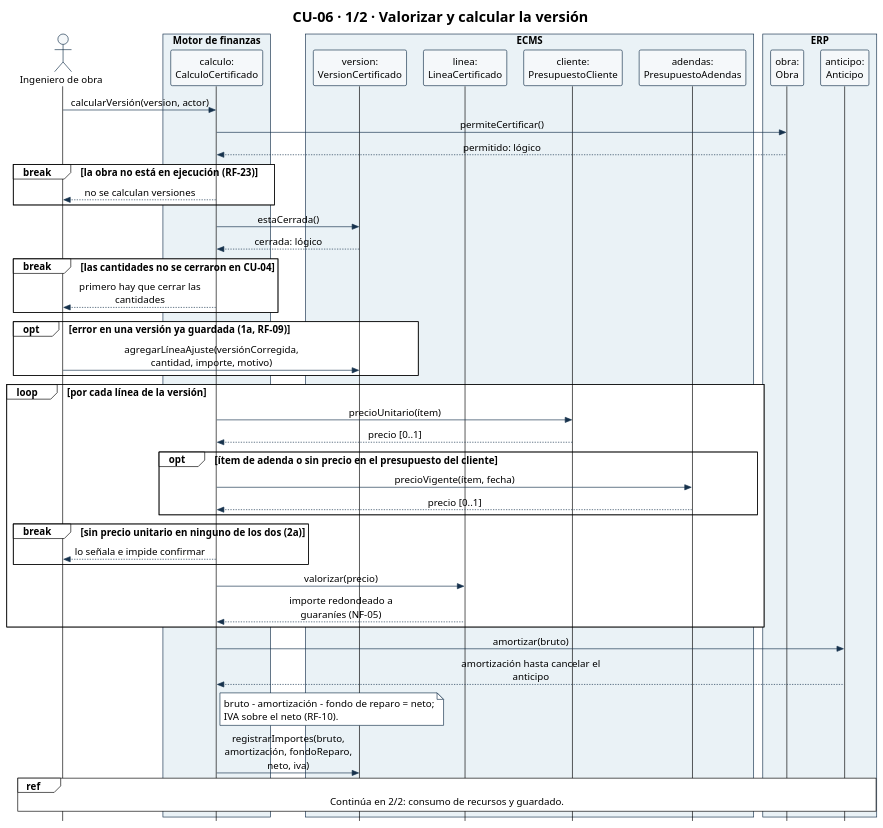
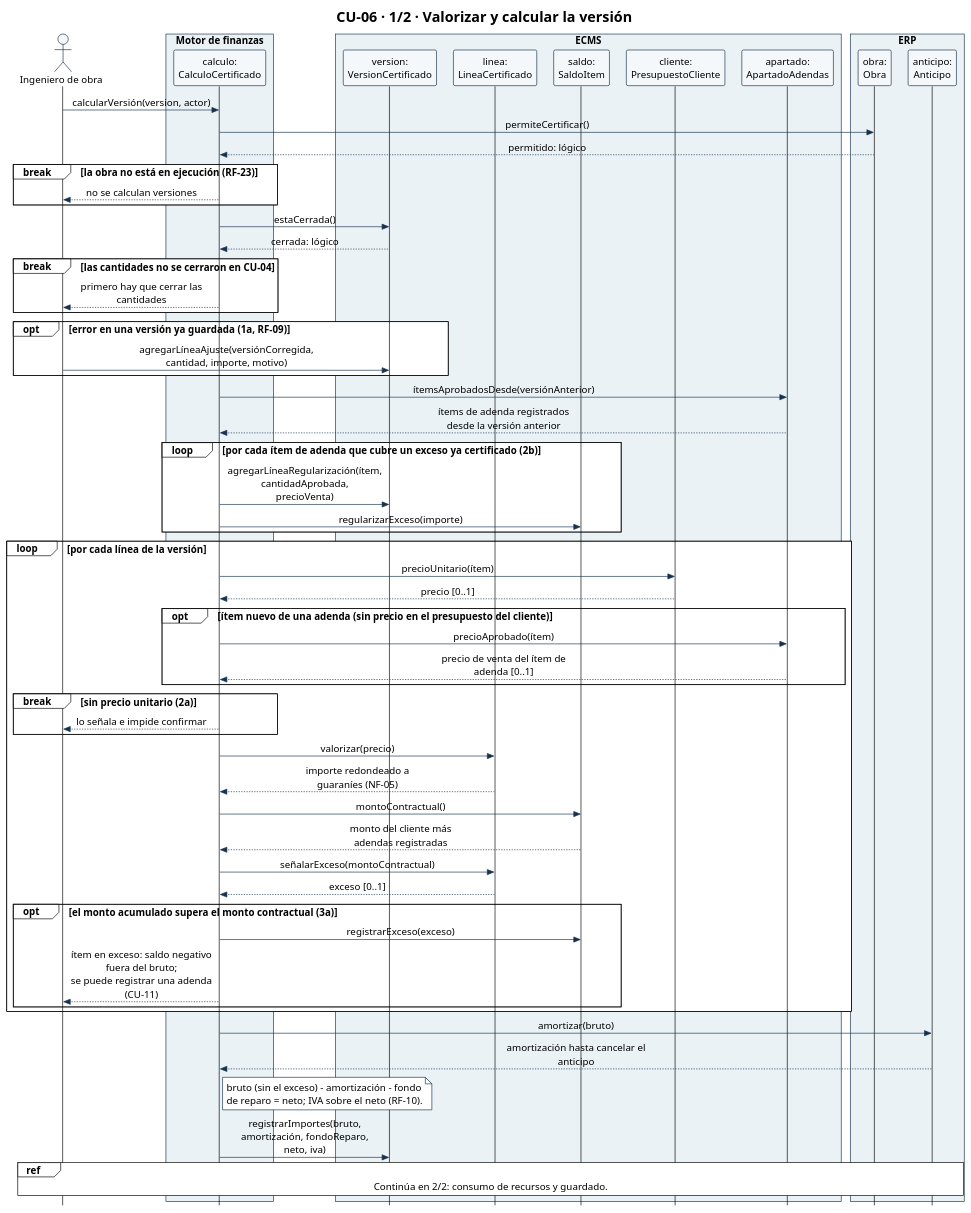
One commit to Ssrrb/tpf-uca changed the diagram in diagramas/CU-06-secuencia-1-calculo.puml. Above: the diagram before and after it, drawn with PlantUML. The commit also changed 16 other files, not shown here.

First line of the commit message:
Exceso por monto en el cálculo y adendas por paquete

```diff
--- a/diagramas/CU-06-secuencia-1-calculo.puml
+++ b/diagramas/CU-06-secuencia-1-calculo.puml
@@ -1,76 +1,92 @@
 @startuml
 !theme plain
 skinparam style strictuml
 skinparam shadowing false
 skinparam defaultFontName Arial
 skinparam defaultFontSize 15
 skinparam sequenceMessageAlign center
 skinparam maxMessageSize 220
 skinparam ParticipantPadding 8
 skinparam BoxPadding 6
 skinparam ParticipantBackgroundColor #F5F8FA
 skinparam ParticipantBorderColor #17324D
 skinparam ActorBorderColor #17324D
 skinparam ActorBackgroundColor #F5F8FA
 skinparam ArrowColor #17324D
 skinparam SequenceBoxBorderColor #17324D
 skinparam note {
   BackgroundColor #FFFFFF
   BorderColor #17324D
 }
 hide footbox
 title CU-06 · 1/2 · Valorizar y calcular la versión
 actor "Ingeniero de obra" as Ing
 box "Motor de finanzas" #EAF2F6
 participant "calculo:\nCalculoCertificado" as Calc
 end box
 box "ECMS" #EAF2F6
 participant "version:\nVersionCertificado" as V
 participant "linea:\nLineaCertificado" as Lin
+participant "saldo:\nSaldoItem" as Saldo
 participant "cliente:\nPresupuestoCliente" as Cli
-participant "adendas:\nPresupuestoAdendas" as Ade
+participant "apartado:\nApartadoAdendas" as Apa
 end box
 box "ERP" #EAF2F6
 participant "obra:\nObra" as Obra
 participant "anticipo:\nAnticipo" as Ant
 end box
 
 Ing -> Calc: calcularVersión(version, actor)
 Calc -> Obra: permiteCertificar()
 Obra --> Calc: permitido: lógico
 break la obra no está en ejecución (RF-23)
   Calc --> Ing: no se calculan versiones
 end
 Calc -> V: estaCerrada()
 V --> Calc: cerrada: lógico
 break las cantidades no se cerraron en CU-04
   Calc --> Ing: primero hay que cerrar las cantidades
 end
 opt error en una versión ya guardada (1a, RF-09)
   Ing -> V: agregarLíneaAjuste(versiónCorregida, cantidad, importe, motivo)
 end
 
+Calc -> Apa: ítemsAprobadosDesde(versiónAnterior)
+Apa --> Calc: ítems de adenda registrados desde la versión anterior
+loop por cada ítem de adenda que cubre un exceso ya certificado (2b)
+  Calc -> V: agregarLíneaRegularización(ítem, cantidadAprobada, precioVenta)
+  Calc -> Saldo: regularizarExceso(importe)
+end
+
 loop por cada línea de la versión
   Calc -> Cli: precioUnitario(ítem)
   Cli --> Calc: precio [0..1]
-  opt ítem de adenda o sin precio en el presupuesto del cliente
-    Calc -> Ade: precioVigente(ítem, fecha)
-    Ade --> Calc: precio [0..1]
+  opt ítem nuevo de una adenda (sin precio en el presupuesto del cliente)
+    Calc -> Apa: precioAprobado(ítem)
+    Apa --> Calc: precio de venta del ítem de adenda [0..1]
   end
-  break sin precio unitario en ninguno de los dos (2a)
+  break sin precio unitario (2a)
     Calc --> Ing: lo señala e impide confirmar
   end
   Calc -> Lin: valorizar(precio)
   Lin --> Calc: importe redondeado a guaraníes (NF-05)
+  Calc -> Saldo: montoContractual()
+  Saldo --> Calc: monto del cliente más adendas registradas
+  Calc -> Lin: señalarExceso(montoContractual)
+  Lin --> Calc: exceso [0..1]
+  opt el monto acumulado supera el monto contractual (3a)
+    Calc -> Saldo: registrarExceso(exceso)
+    Calc --> Ing: ítem en exceso: saldo negativo fuera del bruto;\nse puede registrar una adenda (CU-11)
+  end
 end
 Calc -> Ant: amortizar(bruto)
 Ant --> Calc: amortización hasta cancelar el anticipo
 note right of Calc
-  bruto - amortización - fondo de reparo = neto;
-  IVA sobre el neto (RF-10).
+  bruto (sin el exceso) - amortización - fondo
+  de reparo = neto; IVA sobre el neto (RF-10).
 end note
 Calc -> V: registrarImportes(bruto, amortización, fondoReparo, neto, iva)
 ref over Ing, Ant
   Continúa en 2/2: consumo de recursos y guardado.
 end ref
 @enduml
```
